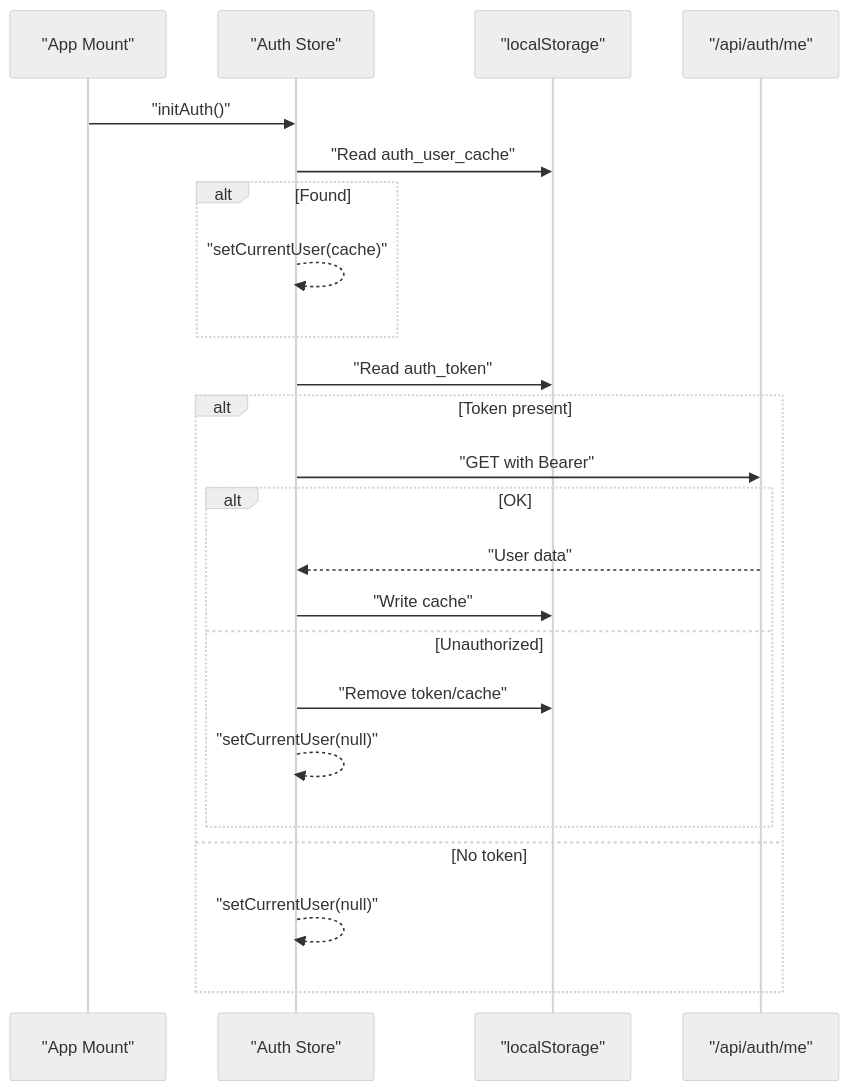
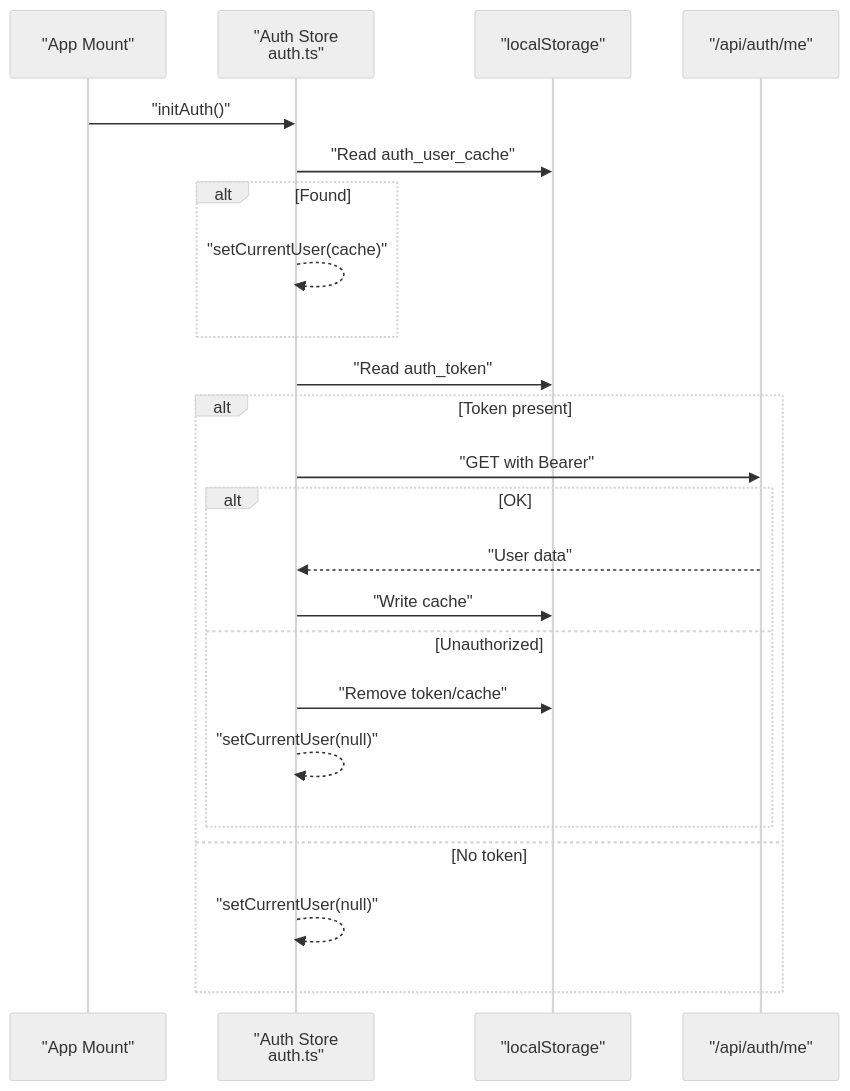
Before and after one commit to riod94/ngepos: the seventh of 8 diagrams in .qoder/repowiki/en/content/Authentication & Authorization.md, drawn with Mermaid (neutral theme). The commit also changed other lines of this file and 51 other files, not shown here.

````diff
--- a/.qoder/repowiki/en/content/Authentication & Authorization.md
+++ b/.qoder/repowiki/en/content/Authentication & Authorization.md
@@ -362,25 +440,25 @@
 ```mermaid
 sequenceDiagram
 participant App as "App Mount"
-participant Store as "Auth Store"
+participant Store as "Auth Store<br/>auth.ts"
 participant Local as "localStorage"
 participant Me as "/api/auth/me"
 App->>Store : "initAuth()"
 Store->>Local : "Read auth_user_cache"
 alt Found
 Store-->>Store : "setCurrentUser(cache)"
 end
 Store->>Local : "Read auth_token"
 alt Token present
 Store->>Me : "GET with Bearer"
 alt OK
 Me-->>Store : "User data"
 Store->>Local : "Write cache"
 else Unauthorized
 Store->>Local : "Remove token/cache"
 Store-->>Store : "setCurrentUser(null)"
 end
 else No token
 Store-->>Store : "setCurrentUser(null)"
 end
 ```
````
